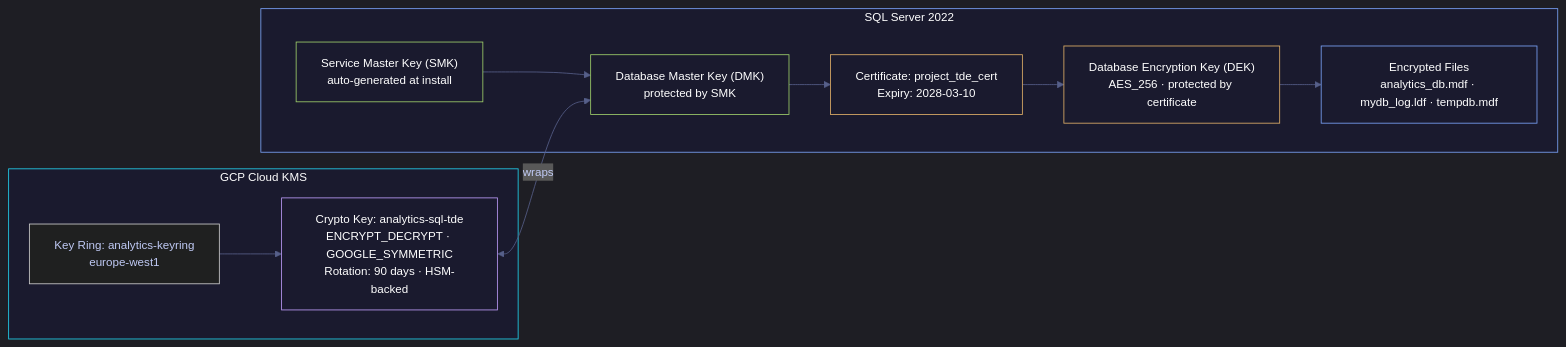
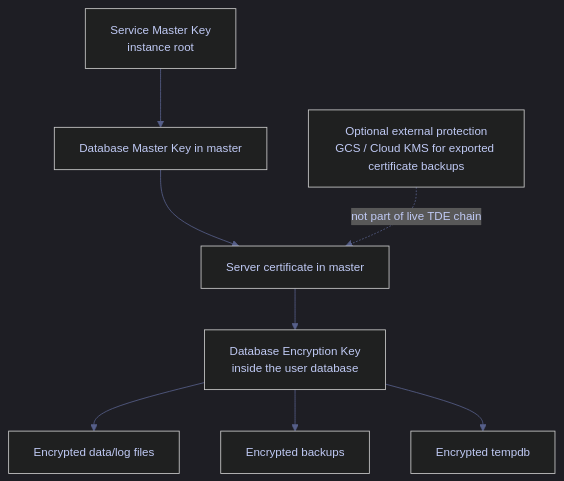
Before and after one commit to alp78/elysium: the diagram in content/04-SQL-Server/Security/tde-encryption.md, drawn with Mermaid. The commit also changed other lines of this file and 12 other files, not shown here.

````diff
--- a/content/04-SQL-Server/Security/tde-encryption.md
+++ b/content/04-SQL-Server/Security/tde-encryption.md
@@ -63,41 +43,22 @@
 ```mermaid
 %%{init: {'theme': 'dark', 'themeVariables': {
   'primaryColor': '#292e42',
   'primaryTextColor': '#c0caf5',
   'primaryBorderColor': '#565f89',
   'lineColor': '#565f89',
   'secondaryColor': '#1a1b26',
   'tertiaryColor': '#24283b',
   'noteTextColor': '#c0caf5',
   'noteBkgColor': '#292e42',
   'textColor': '#c0caf5',
   'fontSize': '14px'
 }}}%%
-flowchart LR
-    subgraph KMS["GCP Cloud KMS"]
-        RING["Key Ring: analytics-keyring<br/>europe-west1"]
-        KEY["Crypto Key: analytics-sql-tde<br/>ENCRYPT_DECRYPT · GOOGLE_SYMMETRIC<br/>Rotation: 90 days · HSM-backed"]
-        RING --> KEY
-    end
-
-    subgraph SQLSRV["SQL Server 2022"]
-        SMK["Service Master Key (SMK)<br/>auto-generated at install"]
-        DMK["Database Master Key (DMK)<br/>protected by SMK"]
-        CERT["Certificate: project_tde_cert<br/>Expiry: 2028-03-10"]
-        DEK["Database Encryption Key (DEK)<br/>AES_256 · protected by certificate"]
-        FILES["Encrypted Files<br/>analytics_db.mdf · mydb_log.ldf · tempdb.mdf"]
-
-        SMK --> DMK --> CERT --> DEK --> FILES
-    end
-
-    KEY <-->|"wraps"| DMK
-
-    style KMS fill:#1a1a2e,stroke:#22d3ee,color:#fff
-    style SQLSRV fill:#1a1a2e,stroke:#7aa2f7,color:#fff
-    style KEY fill:#1a1a2e,stroke:#bb9af7,color:#fff
-    style SMK fill:#1a1a2e,stroke:#9ece6a,color:#fff
-    style DMK fill:#1a1a2e,stroke:#9ece6a,color:#fff
-    style CERT fill:#1a1a2e,stroke:#e0af68,color:#fff
-    style DEK fill:#1a1a2e,stroke:#e0af68,color:#fff
-    style FILES fill:#1a1a2e,stroke:#7aa2f7,color:#fff
+flowchart TD
+    A["Service Master Key<br/>instance root"] --> B["Database Master Key in master"]
+    B --> C["Server certificate in master"]
+    C --> D["Database Encryption Key<br/>inside the user database"]
+    D --> E["Encrypted data/log files"]
+    D --> F["Encrypted backups"]
+    D --> G["Encrypted tempdb"]
+    H["Optional external protection<br/>GCS / Cloud KMS for exported certificate backups"] -. not part of live TDE chain .-> C
 ```
````
